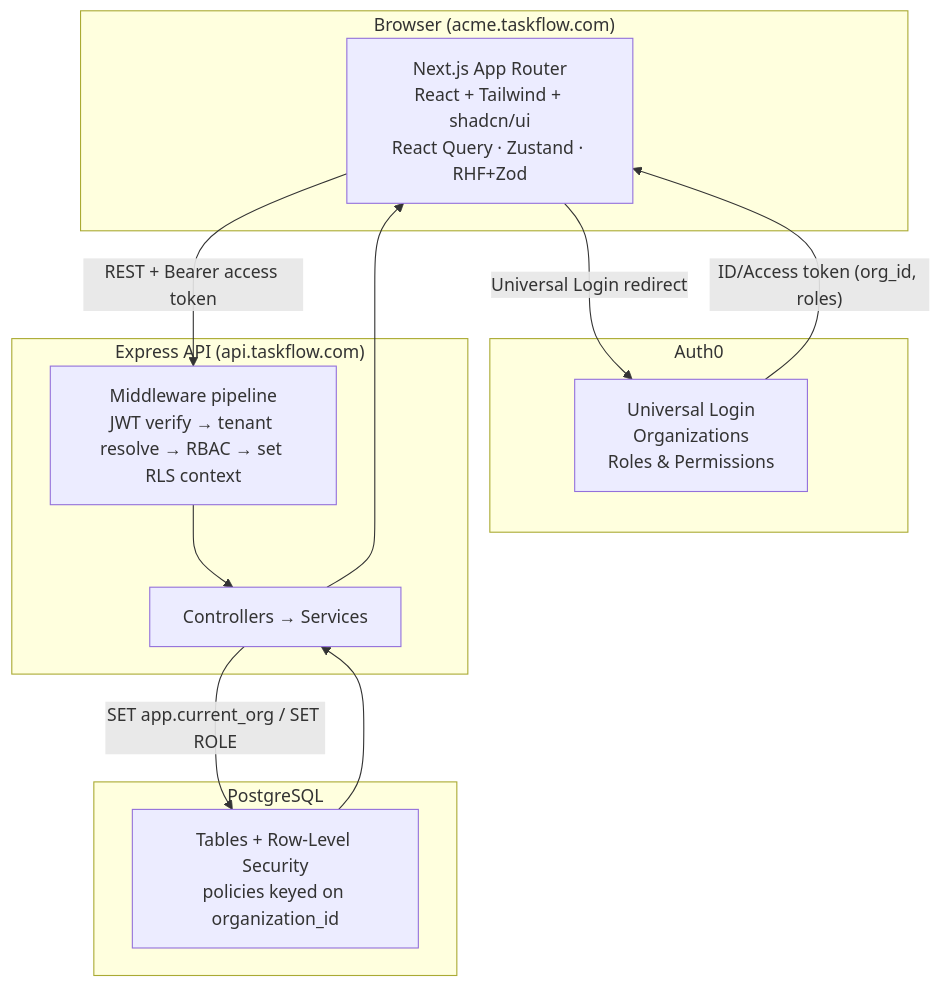
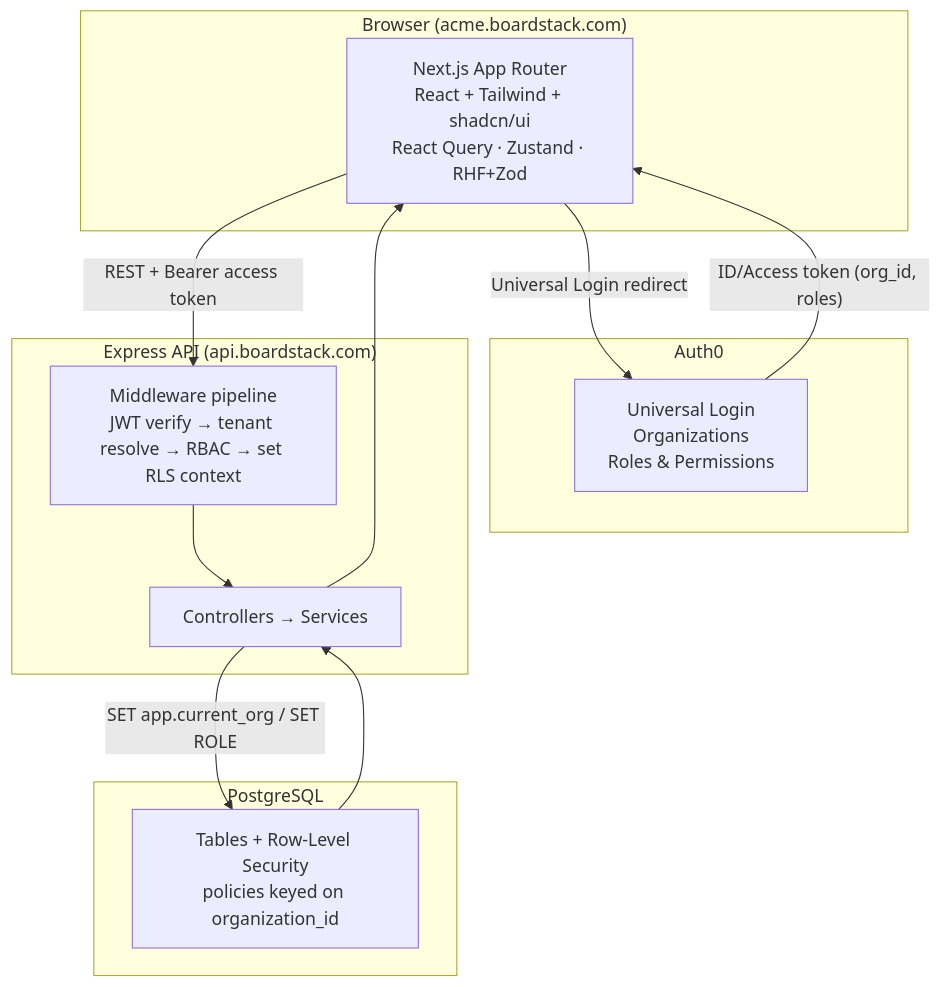
One commit to singhpradip/Project changed the first of 4 diagrams in boardstack-system-design.md. Above: the diagram before and after it, drawn with Mermaid. The commit also changed other lines of this file and 11 other files, not shown here.

````diff
--- a/boardstack-system-design.md
+++ b/boardstack-system-design.md
@@ -60,27 +60,27 @@
 ```mermaid
 flowchart TB
-    subgraph Client["Browser (acme.taskflow.com)"]
+    subgraph Client["Browser (acme.boardstack.com)"]
         NX["Next.js App Router<br/>React + Tailwind + shadcn/ui<br/>React Query · Zustand · RHF+Zod"]
     end
 
     subgraph Auth["Auth0"]
         A0["Universal Login<br/>Organizations<br/>Roles & Permissions"]
     end
 
-    subgraph API["Express API (api.taskflow.com)"]
+    subgraph API["Express API (api.boardstack.com)"]
         MW["Middleware pipeline<br/>JWT verify → tenant resolve → RBAC → set RLS context"]
         SVC["Controllers → Services"]
     end
 
     subgraph DB["PostgreSQL"]
         RLS["Tables + Row-Level Security<br/>policies keyed on organization_id"]
     end
 
     NX -->|"Universal Login redirect"| A0
     A0 -->|"ID/Access token (org_id, roles)"| NX
     NX -->|"REST + Bearer access token"| MW
     MW --> SVC
     SVC -->|"SET app.current_org / SET ROLE"| RLS
     RLS --> SVC
     SVC --> NX
 ```
````
